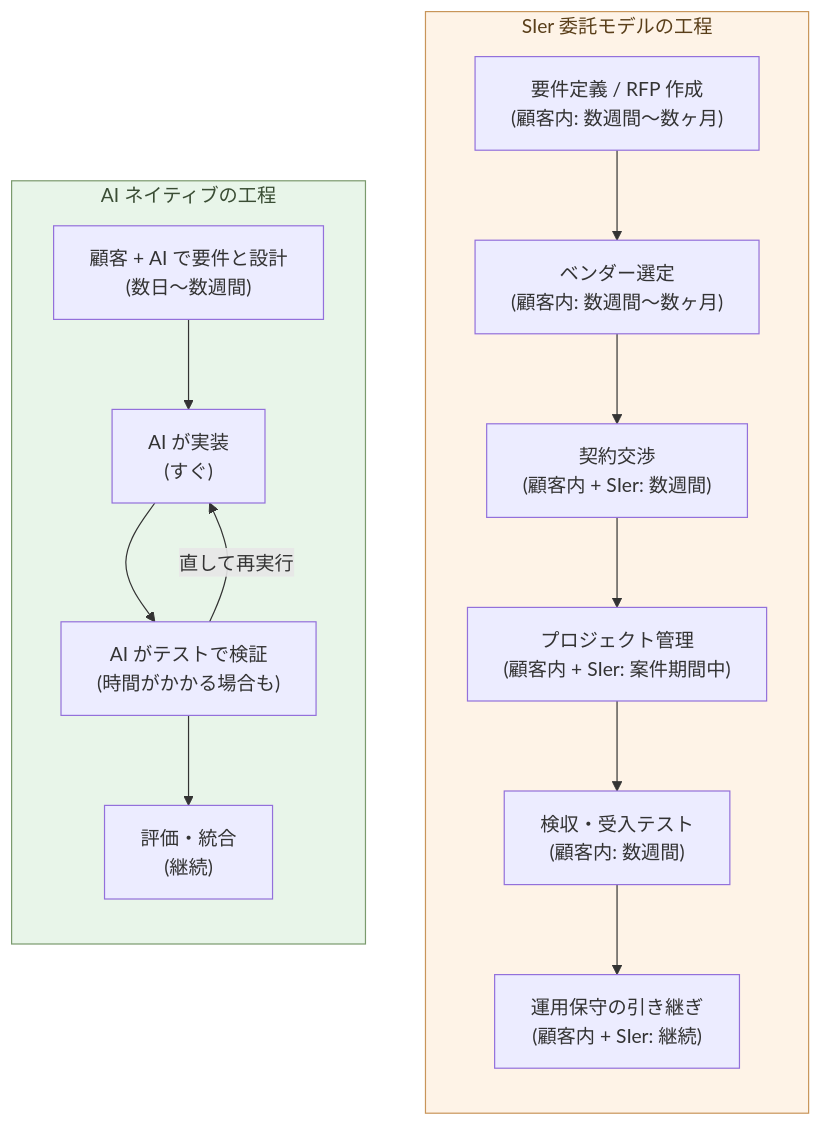
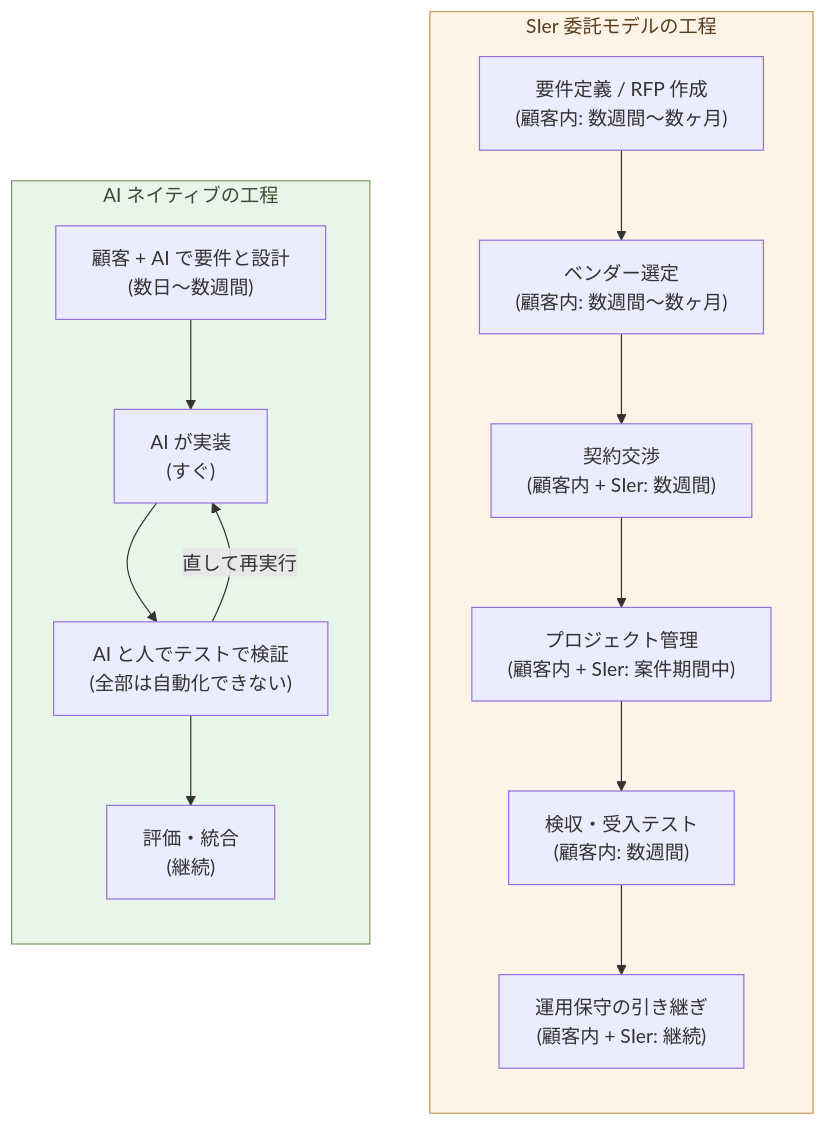
The diagram in articles/ai-native-ways/software/18-sier-uneconomic/ja.md (aiseed-dev/website), drawn with Mermaid before and after one commit. The commit also changed other lines of this file and 1 other file, not shown here.

````diff
--- a/articles/ai-native-ways/software/18-sier-uneconomic/ja.md
+++ b/articles/ai-native-ways/software/18-sier-uneconomic/ja.md
@@ -70,28 +71,28 @@
 ```mermaid
 flowchart TB
   subgraph Sier["SIer 委託モデルの工程"]
     direction TB
     S1["要件定義 / RFP 作成<br/>(顧客内: 数週間〜数ヶ月)"]
     S2["ベンダー選定<br/>(顧客内: 数週間〜数ヶ月)"]
     S3["契約交渉<br/>(顧客内 + SIer: 数週間)"]
     S4["プロジェクト管理<br/>(顧客内 + SIer: 案件期間中)"]
     S5["検収・受入テスト<br/>(顧客内: 数週間)"]
     S6["運用保守の引き継ぎ<br/>(顧客内 + SIer: 継続)"]
     S1 --> S2 --> S3 --> S4 --> S5 --> S6
   end
 
   subgraph AI["AI ネイティブの工程"]
     direction TB
     A1["顧客 + AI で要件と設計<br/>(数日〜数週間)"]
     A2["AI が実装<br/>(すぐ)"]
-    A3["AI がテストで検証<br/>(時間がかかる場合も)"]
+    A3["AI と人でテストで検証<br/>(全部は自動化できない)"]
     A4["評価・統合<br/>(継続)"]
     A1 --> A2 --> A3 --> A4
     A3 -->|直して再実行| A2
   end
 
   classDef good fill:#e8f5e9,stroke:#7a9a6d,color:#3a4d34
   classDef bad fill:#fef3e7,stroke:#c89559,color:#5a3f1a
   class AI good
   class Sier bad
 ```
````
